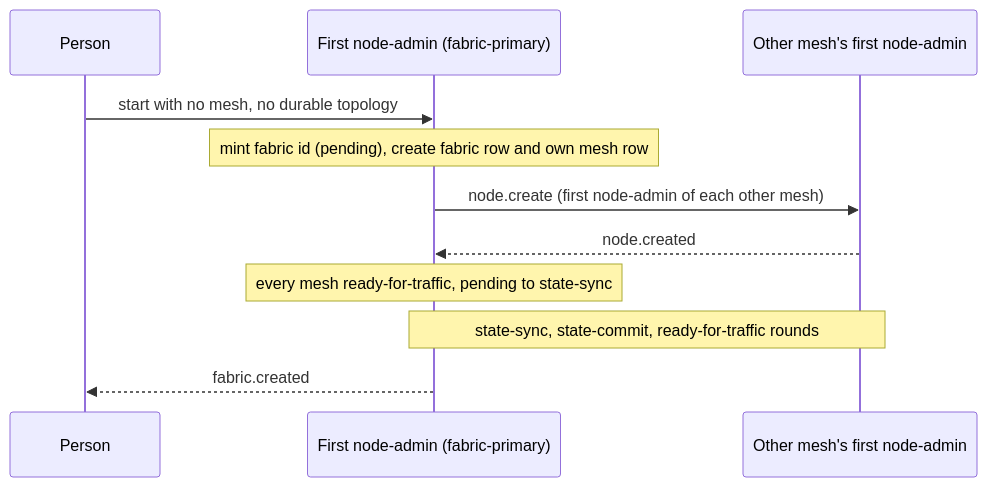
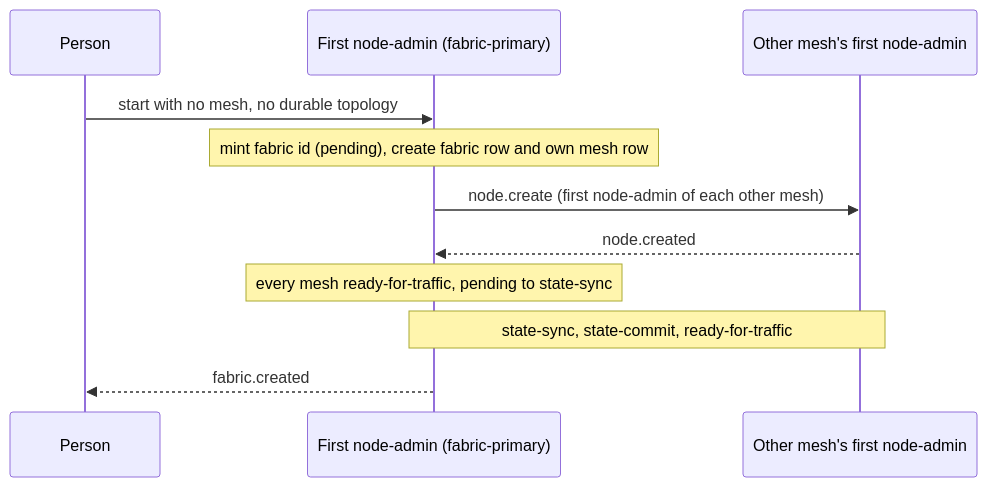
One commit to drlukeangel/rust-distributed-mesh changed the diagram in docs/architecture/lifecycles/fabric-create.md. Above: the diagram before and after it, drawn with Mermaid. The commit also changed other lines of this file and 146 other files, not shown here.

````diff
--- a/docs/architecture/lifecycles/fabric-create.md
+++ b/docs/architecture/lifecycles/fabric-create.md
@@ -57,13 +57,13 @@
 ```mermaid
 sequenceDiagram
     participant P as Person
     participant F as First node-admin (fabric-primary)
     participant M as Other mesh's first node-admin
     P->>F: start with no mesh, no durable topology
     Note over F: mint fabric id (pending), create fabric row and own mesh row
     F->>M: node.create (first node-admin of each other mesh)
     M-->>F: node.created
     Note over F: every mesh ready-for-traffic, pending to state-sync
-    Note over F,M: state-sync, state-commit, ready-for-traffic rounds
+    Note over F,M: state-sync, state-commit, ready-for-traffic
     F-->>P: fabric.created
 ```
````
